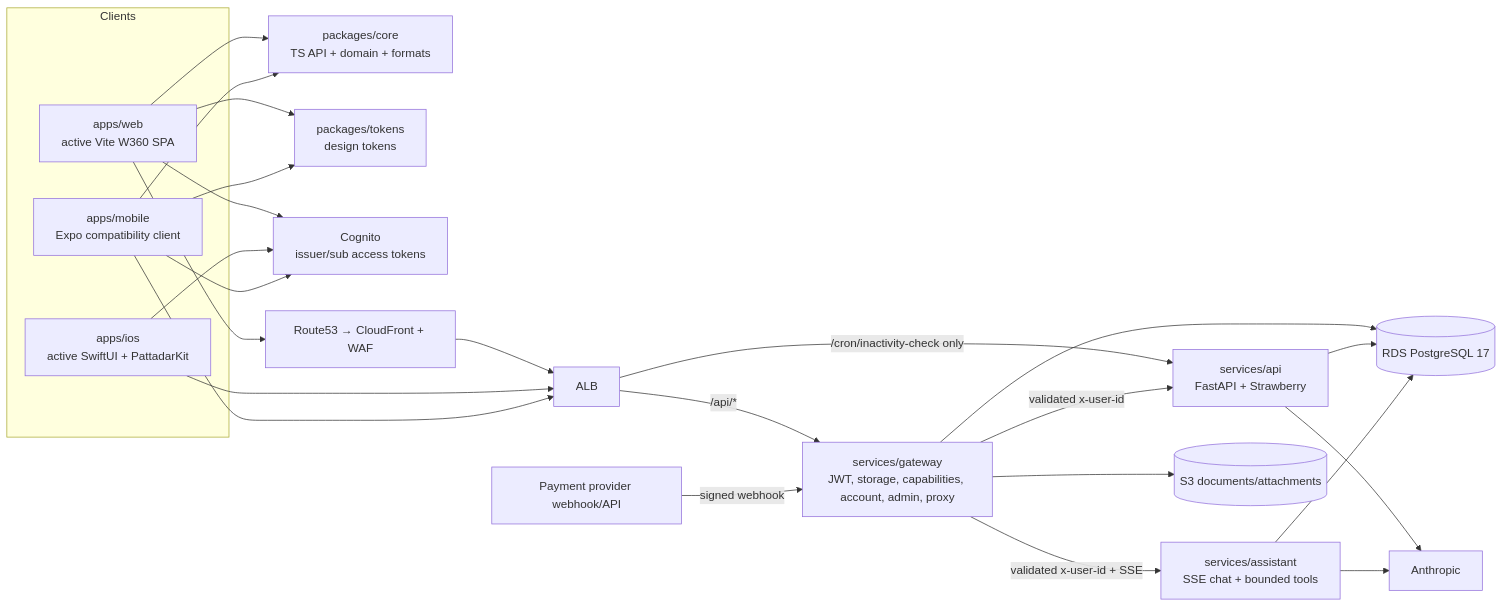
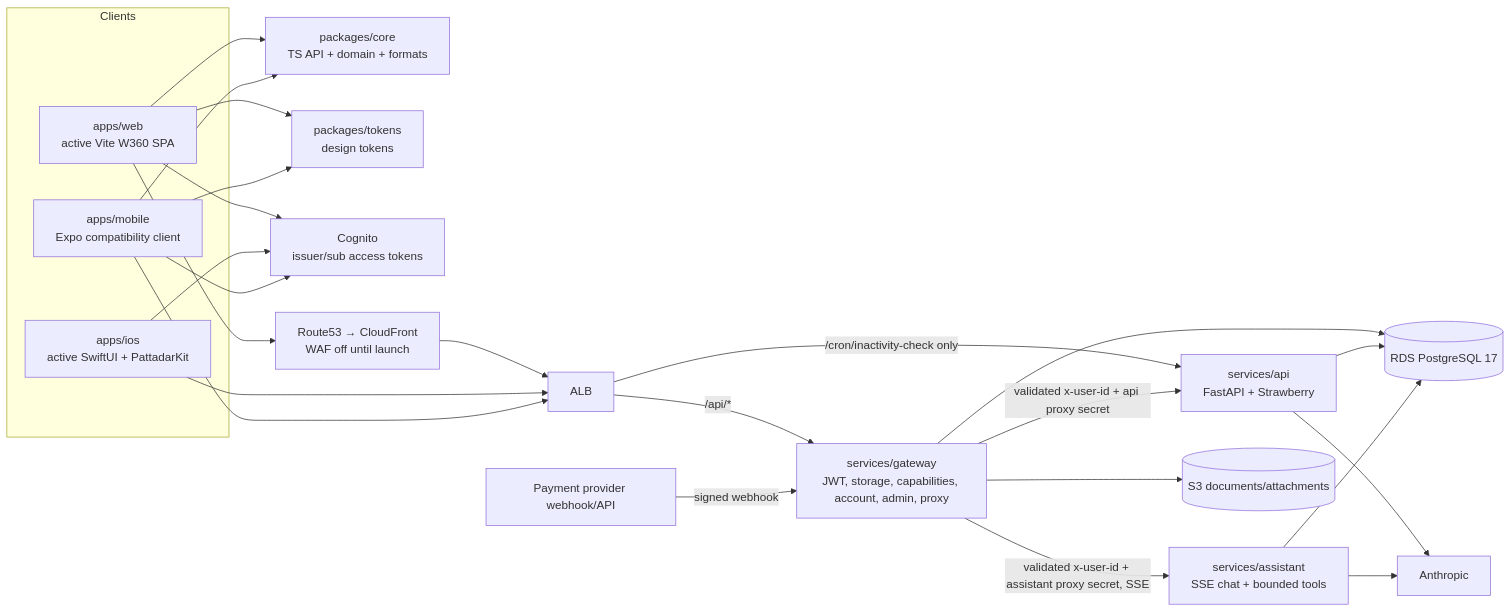
The first of 5 diagrams in docs/architecture.md (reddy-sh/pattadar-platform), drawn with Mermaid before and after one commit. The commit also changed other lines of this file and 86 other files, not shown here.

````diff
--- a/docs/architecture.md
+++ b/docs/architecture.md
@@ -9,35 +9,35 @@
 ```mermaid
 flowchart LR
   subgraph Clients
     WEB[apps/web\nactive Vite W360 SPA]
     IOS[apps/ios\nactive SwiftUI + PattadarKit]
     MOB[apps/mobile\nExpo compatibility client]
   end
   CORE[packages/core\nTS API + domain + formats]
   TOK[packages/tokens\ndesign tokens]
   COG[Cognito\nissuer/sub access tokens]
-  EDGE[Route53 → CloudFront + WAF]
+  EDGE[Route53 → CloudFront\nWAF off until launch]
   ALB[ALB]
   GW[services/gateway\nJWT, storage, capabilities, account, admin, proxy]
   API[services/api\nFastAPI + Strawberry]
   AST[services/assistant\nSSE chat + bounded tools]
   PG[(RDS PostgreSQL 17)]
   S3[(S3 documents/attachments)]
   ANT[Anthropic]
   PAY[Payment provider webhook/API]
 
   WEB --> CORE
   MOB --> CORE
   WEB & MOB --> TOK
   WEB & IOS & MOB --> COG
   WEB --> EDGE --> ALB
   IOS & MOB --> ALB
   ALB -->|/api/*| GW
   ALB -->|/cron/inactivity-check only| API
-  GW -->|validated x-user-id| API
-  GW -->|validated x-user-id + SSE| AST
+  GW -->|validated x-user-id + api proxy secret| API
+  GW -->|validated x-user-id + assistant proxy secret, SSE| AST
   GW --> S3
   GW & API & AST --> PG
   API & AST --> ANT
   PAY -->|signed webhook| GW
 ```
````
